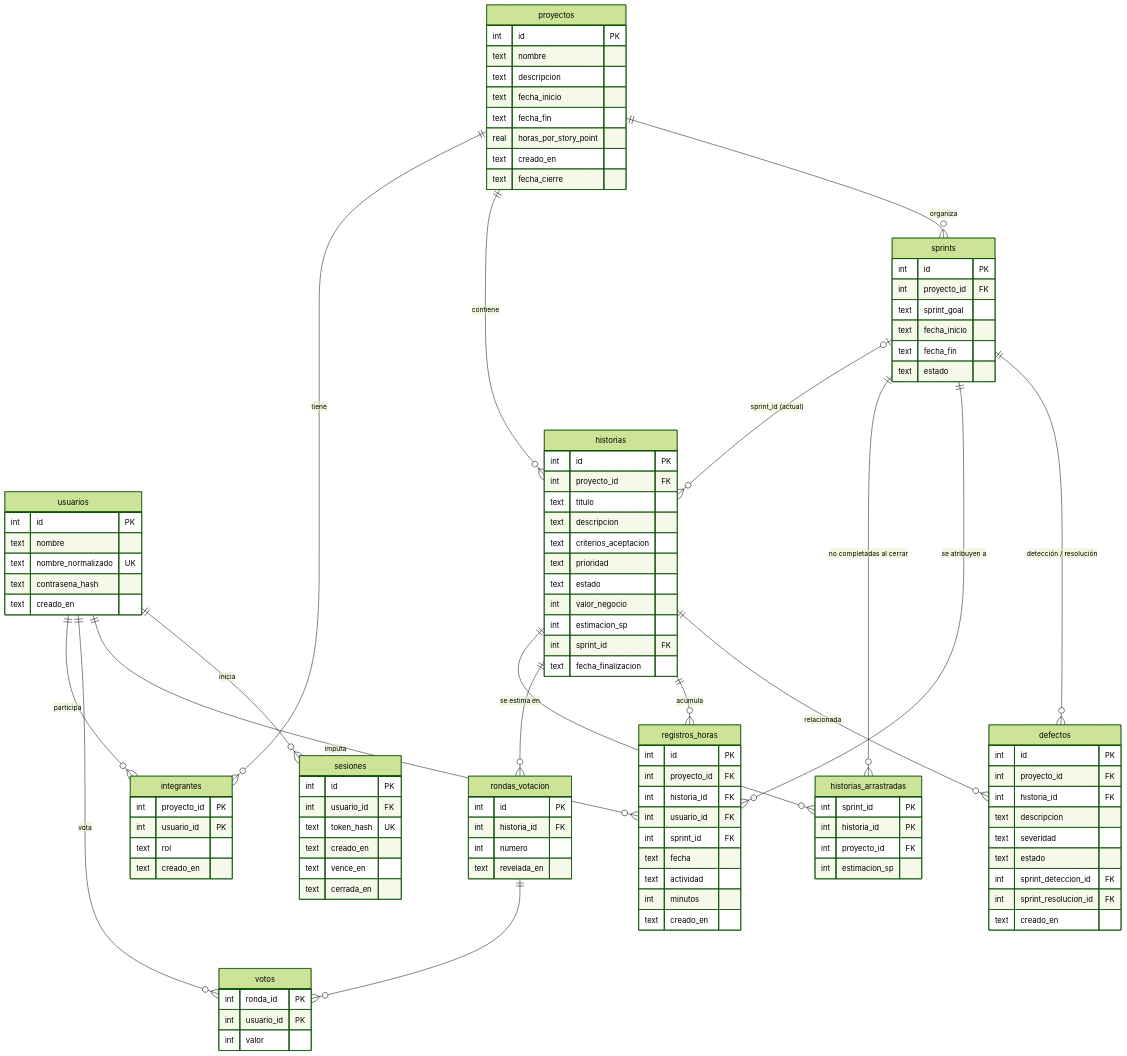
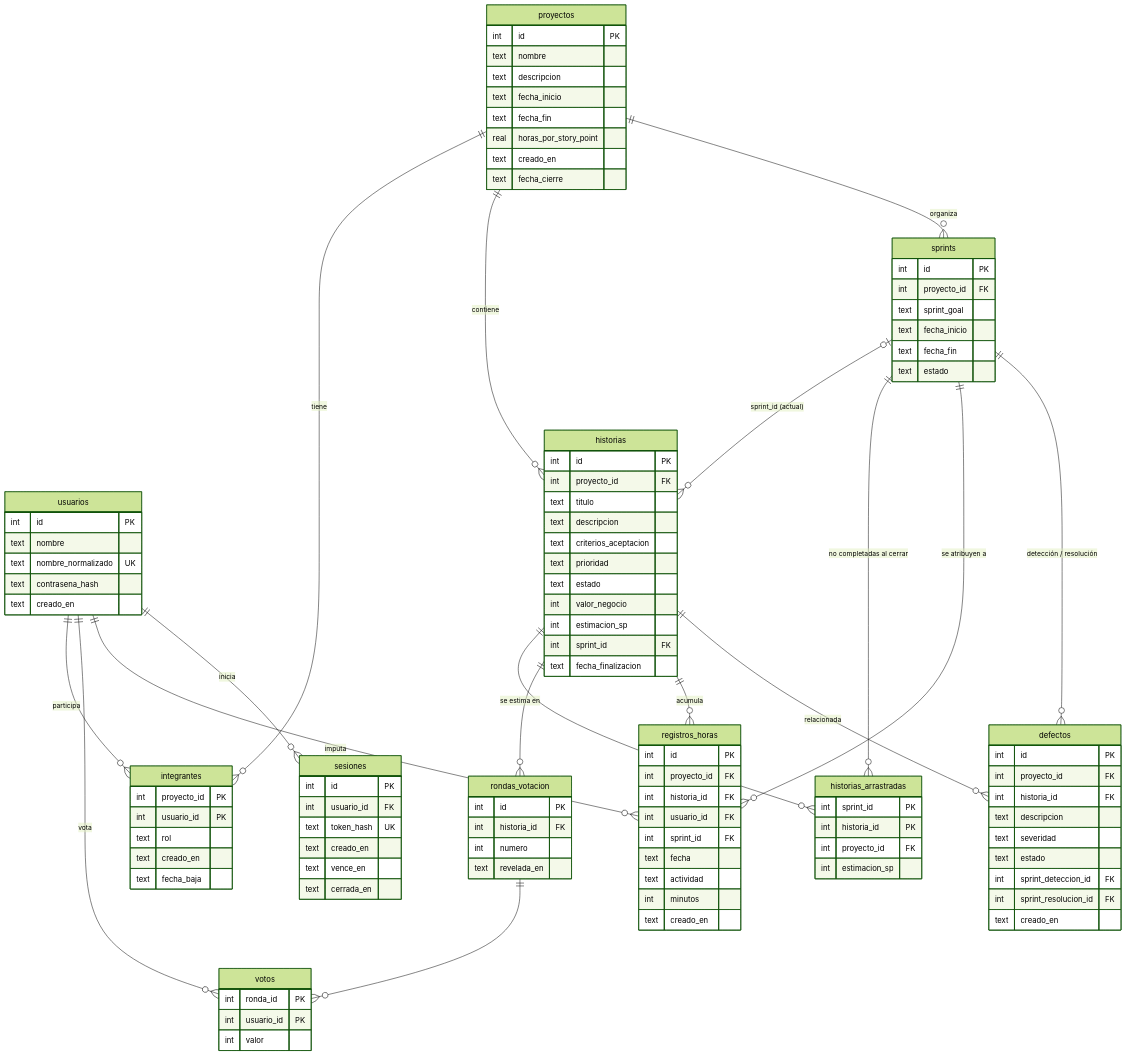
One commit to MoyaCarlos/seguimiento-medicion changed the diagram in MODELO-DE-DATOS.md. Above: the diagram before and after it, drawn with Mermaid (forest theme). The commit also changed other lines of this file, not shown here.

Commit message:
docs: integrantes.fecha_baja en MODELO-DE-DATOS.md, cierra D15 (Refs #175)

```diff
--- a/MODELO-DE-DATOS.md
+++ b/MODELO-DE-DATOS.md
@@ -94,6 +94,7 @@
         int usuario_id PK
         text rol
         text creado_en
+        text fecha_baja
     }
     historias {
         int id PK
```
